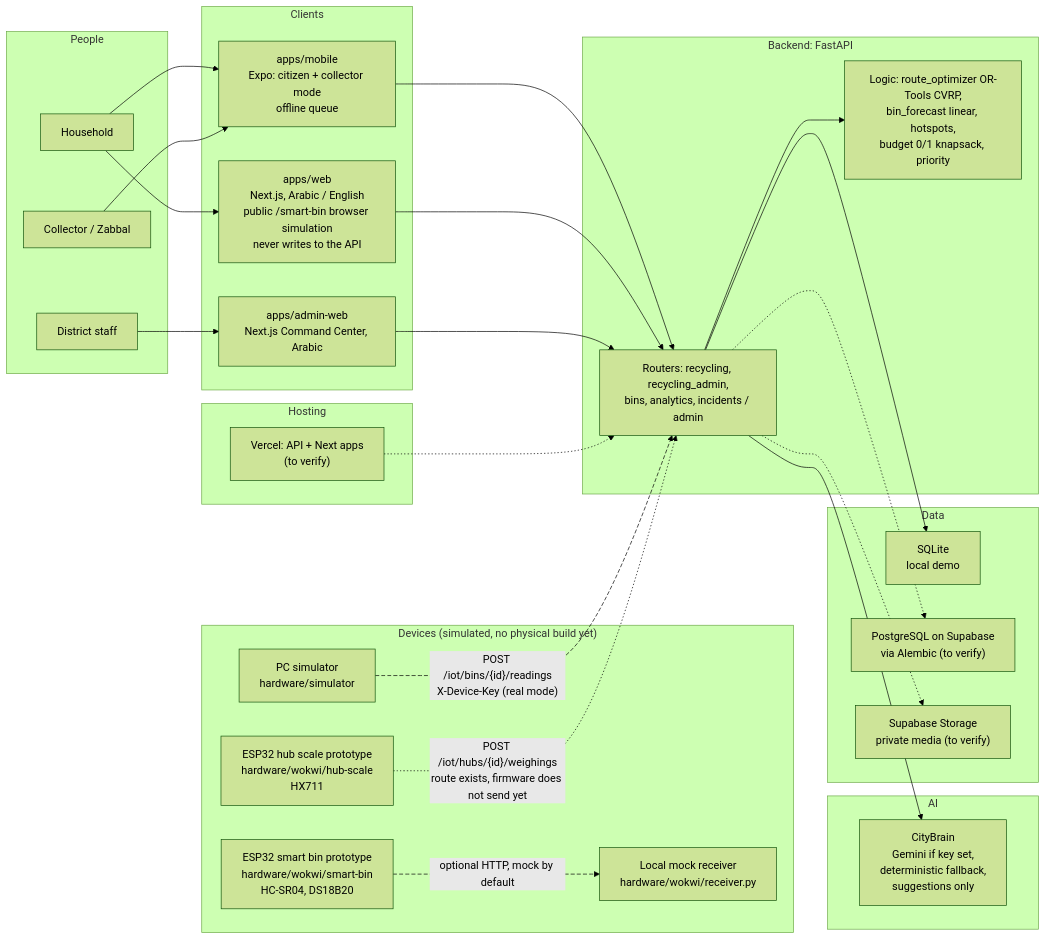
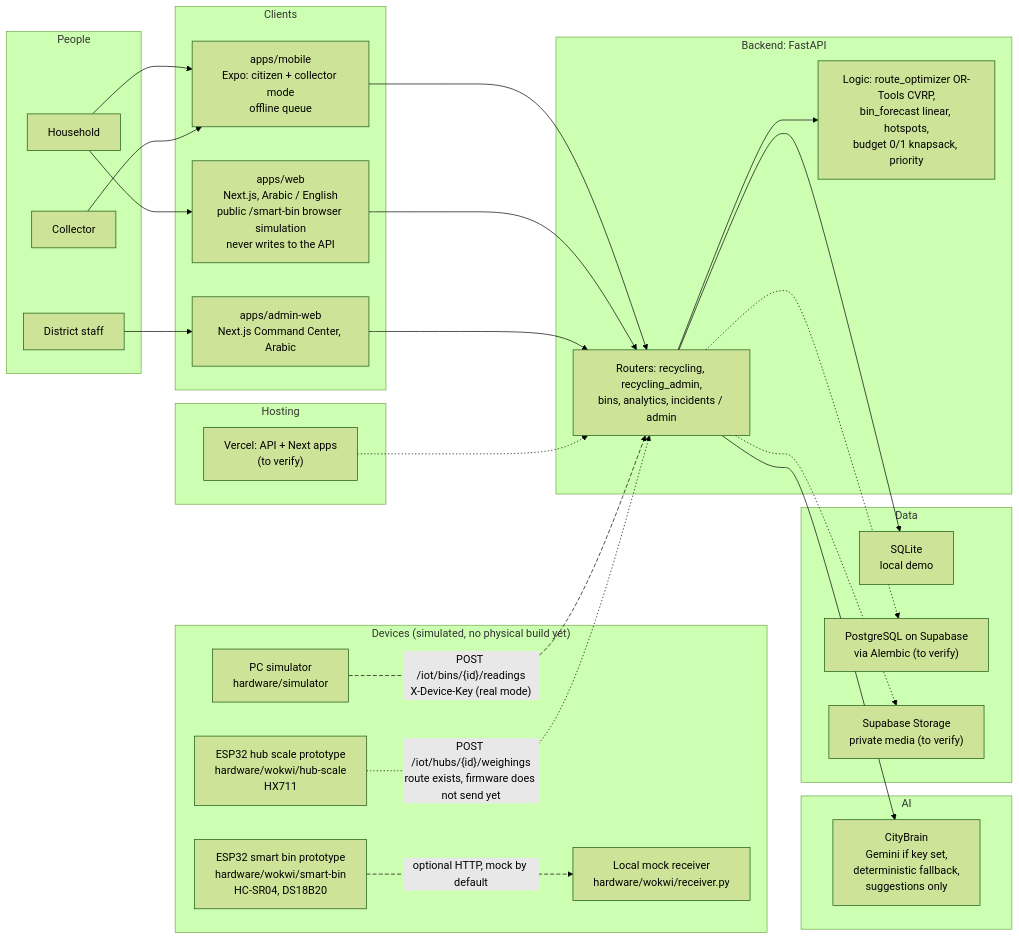
The diagram in docs/architecture.md (Ziad-7/city-fix), drawn with Mermaid (forest theme) before and after one commit. The commit also changed 11 other files, not shown here.

````diff
--- a/docs/architecture.md
+++ b/docs/architecture.md
@@ -11,60 +11,60 @@
 ```mermaid
 flowchart LR
   subgraph People["People"]
     HH["Household"]
-    ZB["Collector / Zabbal"]
+    ZB["Collector"]
     ST["District staff"]
   end
 
   subgraph Clients["Clients"]
     MOB["apps/mobile<br/>Expo: citizen + collector mode<br/>offline queue"]
     WEB["apps/web<br/>Next.js, Arabic / English<br/>public /smart-bin browser simulation<br/>never writes to the API"]
     ADM["apps/admin-web<br/>Next.js Command Center, Arabic"]
   end
 
   subgraph Devices["Devices (simulated, no physical build yet)"]
     BIN["ESP32 smart bin prototype<br/>hardware/wokwi/smart-bin<br/>HC-SR04, DS18B20"]
     HUB["ESP32 hub scale prototype<br/>hardware/wokwi/hub-scale<br/>HX711"]
     RCV["Local mock receiver<br/>hardware/wokwi/receiver.py"]
     SIM["PC simulator<br/>hardware/simulator"]
   end
 
   subgraph Backend["Backend: FastAPI"]
     API["Routers: recycling, recycling_admin,<br/>bins, analytics, incidents / admin"]
     LOGIC["Logic: route_optimizer OR-Tools CVRP,<br/>bin_forecast linear, hotspots,<br/>budget 0/1 knapsack, priority"]
   end
 
   subgraph AI["AI"]
     BRAIN["CityBrain<br/>Gemini if key set,<br/>deterministic fallback,<br/>suggestions only"]
   end
 
   subgraph Data["Data"]
     DB["SQLite<br/>local demo"]
     PG["PostgreSQL on Supabase<br/>via Alembic (to verify)"]
     STO["Supabase Storage<br/>private media (to verify)"]
   end
 
   subgraph Hosting["Hosting"]
     VER["Vercel: API + Next apps<br/>(to verify)"]
   end
 
   HH --> MOB
   HH --> WEB
   ZB --> MOB
   ST --> ADM
   MOB --> API
   WEB --> API
   ADM --> API
   SIM -.->|"POST /iot/bins/{id}/readings<br/>X-Device-Key (real mode)"| API
   BIN -.->|"optional HTTP, mock by default"| RCV
   HUB -.->|"POST /iot/hubs/{id}/weighings<br/>route exists, firmware does not send yet"| API
   API --> LOGIC
   API --> BRAIN
   API --> DB
   API -.-> PG
   API -.-> STO
   VER -.-> API
 
   linkStyle 7,8 stroke-dasharray: 6 3
   linkStyle 9,13,14,15 stroke-dasharray: 2 3
 ```
````
